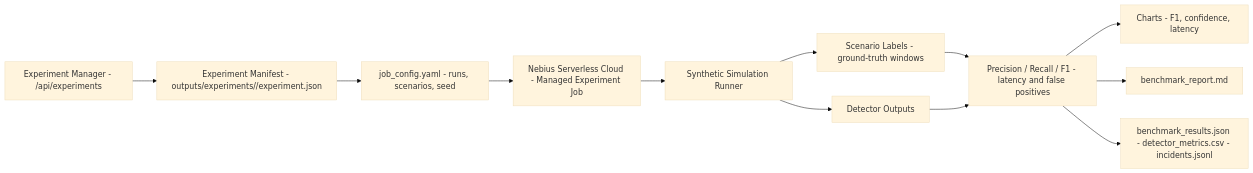
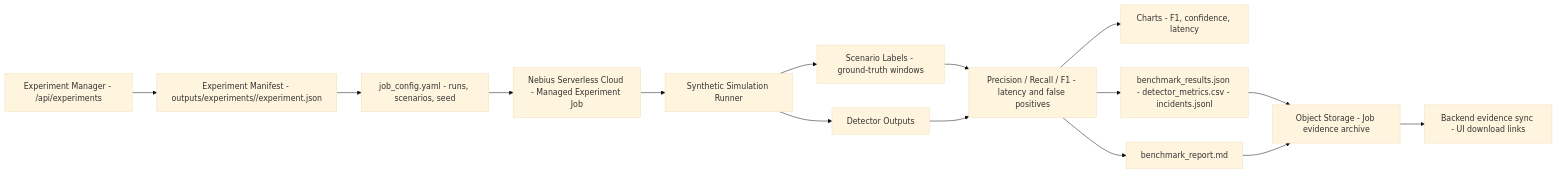
One commit to khab40/aimada changed the third of 4 diagrams in docs/architecture.md. Above: the diagram before and after it, drawn with Mermaid (base theme). The commit also changed other lines of this file and 23 other files, not shown here.

````diff
--- a/docs/architecture.md
+++ b/docs/architecture.md
@@ -112,26 +115,31 @@
 ```mermaid
 graph LR
     ExperimentAPI["Experiment Manager - /api/experiments"]
     ExperimentManifest["Experiment Manifest - outputs/experiments/<id>/experiment.json"]
     Config["job_config.yaml - runs, scenarios, seed"]
     Job["Nebius Serverless Cloud - Managed Experiment Job"]
     Simulation["Synthetic Simulation Runner"]
     Labels["Scenario Labels - ground-truth windows"]
     DetectorOutputs["Detector Outputs"]
     Metrics["Precision / Recall / F1 - latency and false positives"]
     Charts["Charts - F1, confidence, latency"]
     Report["benchmark_report.md"]
     Results["benchmark_results.json - detector_metrics.csv - incidents.jsonl"]
+    ObjectStorage["Object Storage - Job evidence archive"]
+    BackendEvidence["Backend evidence sync - UI download links"]
 
     ExperimentAPI --> ExperimentManifest
     ExperimentManifest --> Config
     Config --> Job
     Job --> Simulation
     Simulation --> Labels
     Simulation --> DetectorOutputs
     Labels --> Metrics
     DetectorOutputs --> Metrics
     Metrics --> Charts
     Metrics --> Report
     Metrics --> Results
+    Results --> ObjectStorage
+    Report --> ObjectStorage
+    ObjectStorage --> BackendEvidence
 ```
````
